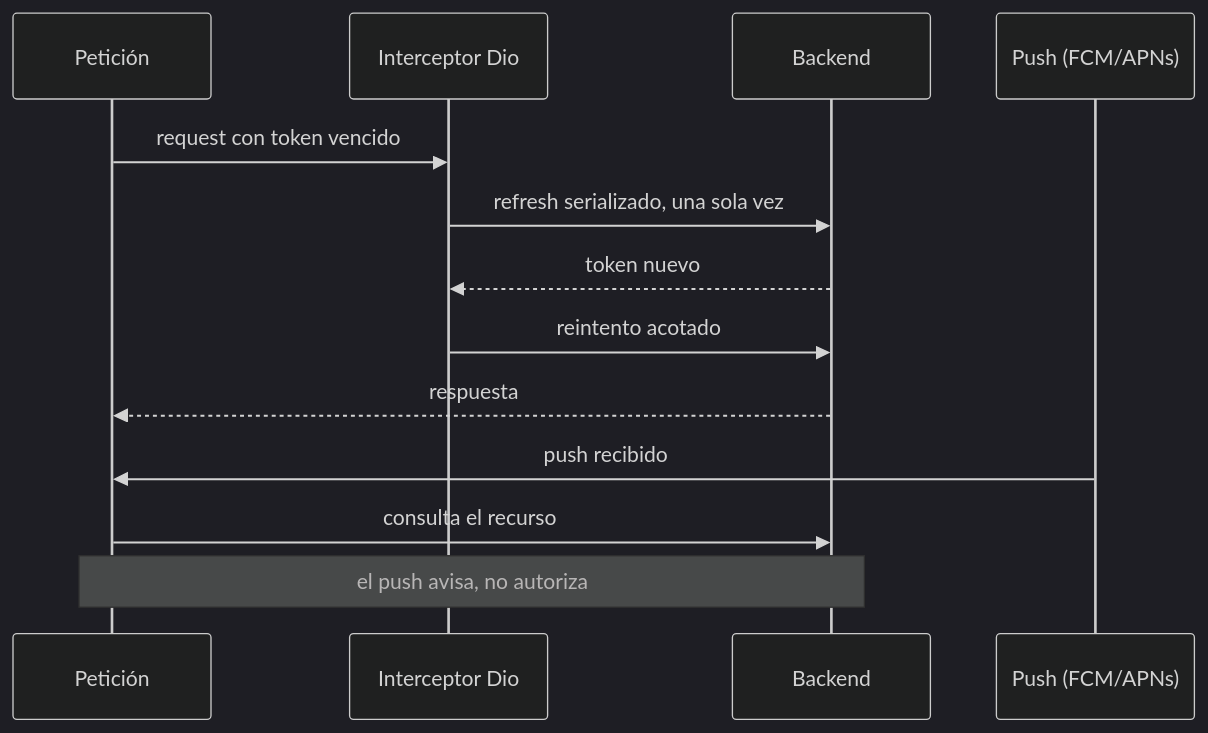
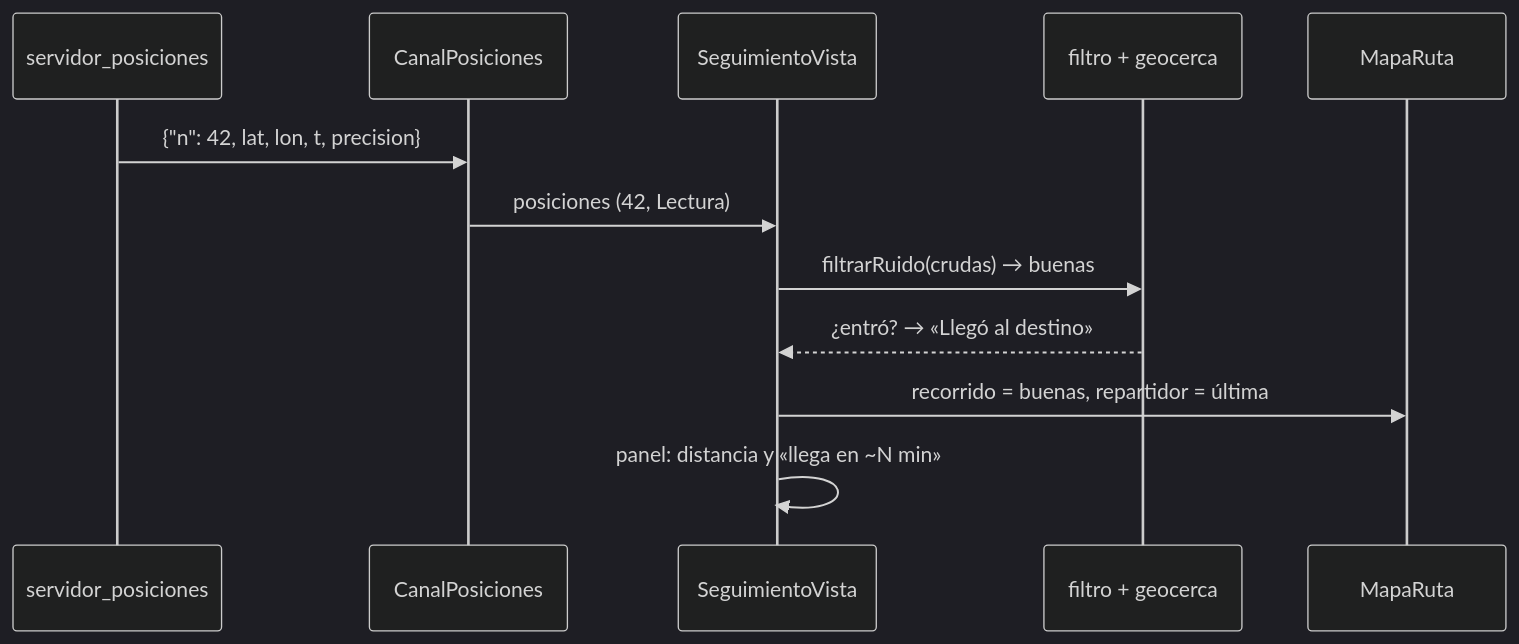
Before and after one commit to NICORUIZ93/The_Imperial_Book: the fourth of 4 diagrams in web/public/content/flutter/modulo-14.md, drawn with Mermaid (dark theme). The commit also changed other lines of this file and 6 other files, not shown here.

````diff
--- a/web/public/content/flutter/modulo-14.md
+++ b/web/public/content/flutter/modulo-14.md
@@ -406,15 +1146,14 @@
 ```mermaid
 sequenceDiagram
-  participant P as Petición
-  participant D as Interceptor Dio
-  participant S as Backend
-  participant N as Push (FCM/APNs)
-  P->>D: request con token vencido
-  D->>S: refresh serializado, una sola vez
-  S-->>D: token nuevo
-  D->>S: reintento acotado
-  S-->>P: respuesta
-  N->>P: push recibido
-  P->>S: consulta el recurso
-  Note over P,S: el push avisa, no autoriza
+    participant S as servidor_posiciones
+    participant C as CanalPosiciones
+    participant V as SeguimientoVista
+    participant G as filtro + geocerca
+    participant M as MapaRuta
+    S->>C: {"n": 42, lat, lon, t, precision}
+    C->>V: posiciones (42, Lectura)
+    V->>G: filtrarRuido(crudas) → buenas
+    G-->>V: ¿entró? → «Llegó al destino»
+    V->>M: recorrido = buenas, repartidor = última
+    V->>V: panel: distancia y «llega en ~N min»
 ```
````
